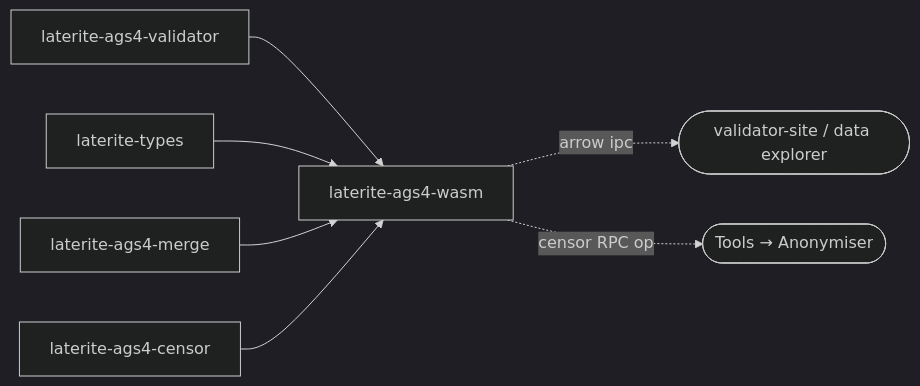
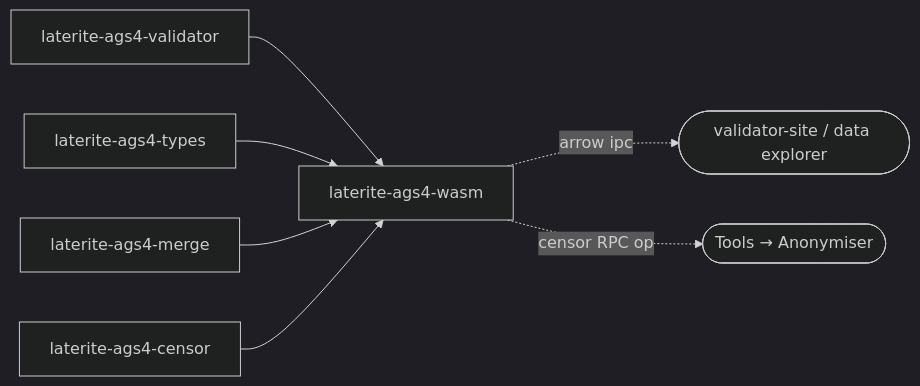
One commit to niko86/laterite changed the diagram in ags-wiki/tools/laterite-ags4-wasm.md. Above: the diagram before and after it, drawn with Mermaid (dark theme). The commit also changed other lines of this file and 103 other files, not shown here.

````diff
--- a/ags-wiki/tools/laterite-ags4-wasm.md
+++ b/ags-wiki/tools/laterite-ags4-wasm.md
@@ -169,9 +169,9 @@
 ```mermaid
 flowchart LR
   validator[laterite-ags4-validator] --> wasm[laterite-ags4-wasm]
-  types[laterite-types] --> wasm
+  types[laterite-ags4-types] --> wasm
   merge[laterite-ags4-merge] --> wasm
   censor[laterite-ags4-censor] --> wasm
   wasm -. arrow ipc .-> explorer([validator-site / data explorer])
   wasm -. censor RPC op .-> anonymiser([Tools → Anonymiser])
 ```
````
